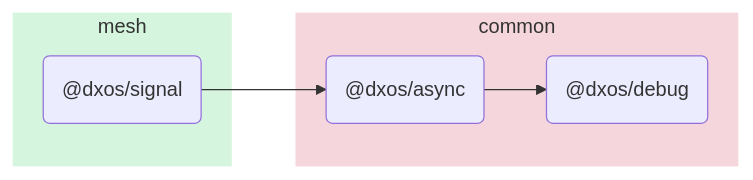
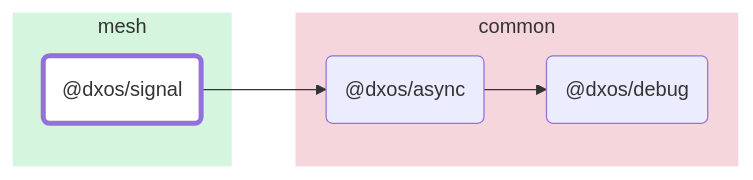
Before and after one commit to dxos/dxos: the diagram in packages/mesh/signal/docs/README.md, drawn with Mermaid. The commit also changed other lines of this file and 88 other files, not shown here.

````diff
--- a/packages/mesh/signal/docs/README.md
+++ b/packages/mesh/signal/docs/README.md
@@ -5,17 +7,22 @@
 ```mermaid
 flowchart LR;
+
+style dxos/signal fill:#fff,stroke-width:4px;
+
+click dxos/async "https:/github.com/dxos/dxos/tree/main/packages/common/async/docs";
+click dxos/debug "https:/github.com/dxos/dxos/tree/main/packages/common/debug/docs";
 
 subgraph mesh
   style mesh fill:#d6f5de,stroke:#fff;
   dxos/signal("@dxos/signal");
 end
 
 subgraph common
   style common fill:#f5d6dd,stroke:#fff;
   dxos/async("@dxos/async");
   dxos/debug("@dxos/debug");
 end
 
 dxos/signal --> dxos/async;
 dxos/async --> dxos/debug;
 ```
````
